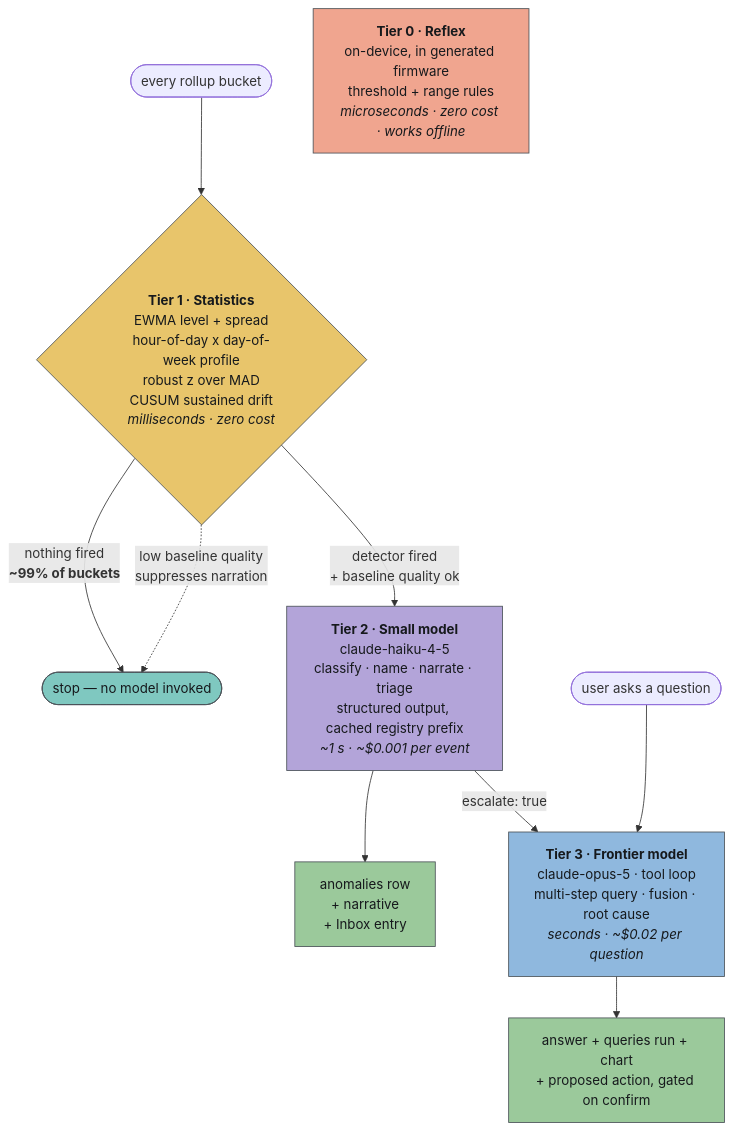
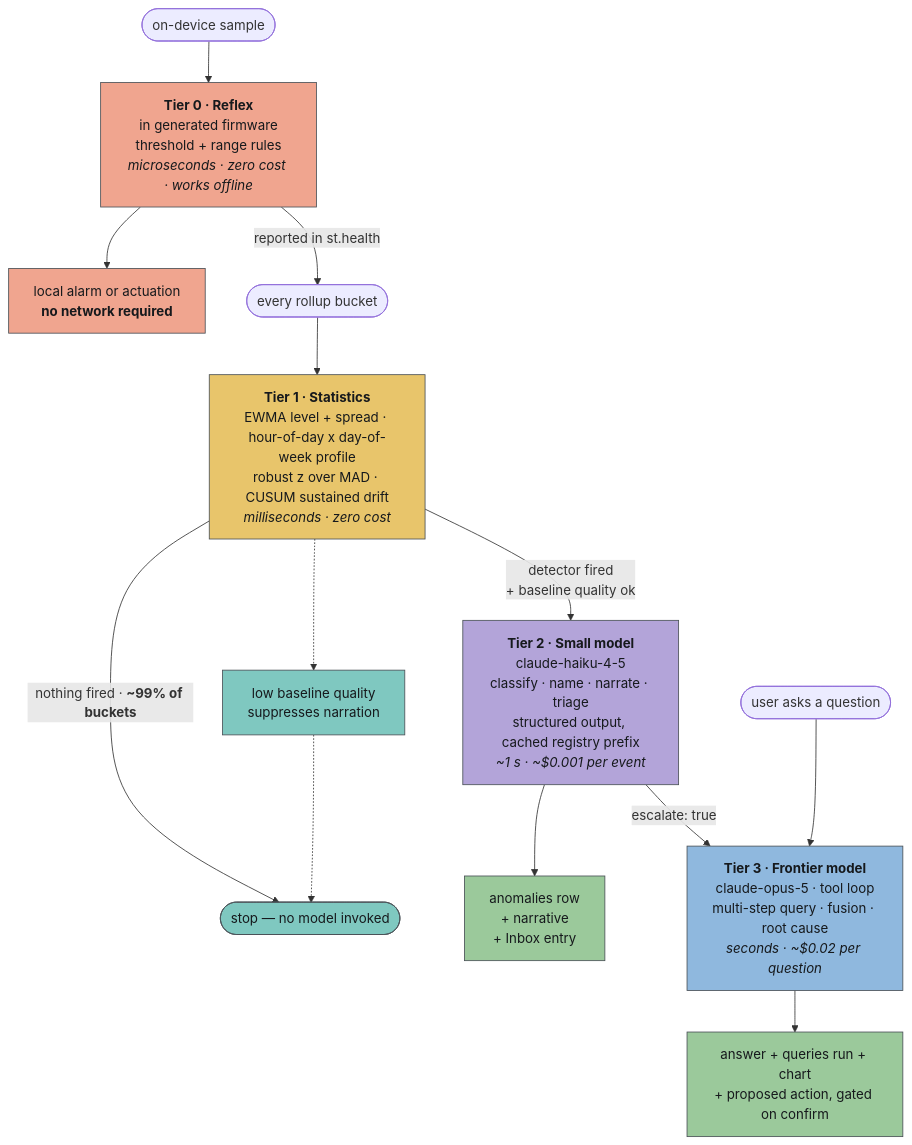
The seventh of 10 diagrams in docs/CLOUD-PLATFORM.md (guitarpastdusk/albusforge), drawn with Mermaid before and after one commit. The commit also changed other lines of this file and 1 other file, not shown here.

Commit message:
Fix diagram rendering issues found in dark-mode review
Rendered all 19 diagrams via headless Chrome in both GitHub themes and
corrected what actually broke:

- service topology: packages drawn as one node with dotted edges from
  all three tiers, instead of one edge that read as intake -> schema
- tier gating: Tier 1 was a rhombus that ballooned to full height with
  six lines of text; Tier 0 was orphaned with no edges
- execution sites: the escalate edge label was occluded by the Cloud
  subgraph boundary
- ER diagram: the PARTS -> COMPAT_MATRIX label was clipped at the edge
- tier gating: two edge labels into the stop node overlapped

Claude-Session: https://claude.ai/code/session_013eonhaHoW1iJYXsNnmNbbQ

````diff
--- a/docs/CLOUD-PLATFORM.md
+++ b/docs/CLOUD-PLATFORM.md
@@ -451,36 +451,40 @@
 ```mermaid
 flowchart TB
+    SAMPLE(["on-device sample"]) --> T0
+    T0 --> LOCAL["local alarm or actuation<br/><b>no network required</b>"]
+    T0 -->|"reported in st.health"| RB
+
     RB(["every rollup bucket"]) --> T1
 
-    T0["<b>Tier 0 · Reflex</b><br/>on-device, in generated firmware<br/>threshold + range rules<br/><i>microseconds · zero cost · works offline</i>"]
+    T0["<b>Tier 0 · Reflex</b><br/>in generated firmware<br/>threshold + range rules<br/><i>microseconds · zero cost · works offline</i>"]
 
-    T1{"<b>Tier 1 · Statistics</b><br/>EWMA level + spread<br/>hour-of-day x day-of-week profile<br/>robust z over MAD<br/>CUSUM sustained drift<br/><i>milliseconds · zero cost</i>"}
+    T1["<b>Tier 1 · Statistics</b><br/>EWMA level + spread · hour-of-day x day-of-week profile<br/>robust z over MAD · CUSUM sustained drift<br/><i>milliseconds · zero cost</i>"]
 
-    T1 -->|"nothing fired<br/><b>~99% of buckets</b>"| STOP(["stop — no model invoked"])
+    T1 -->|"nothing fired · <b>~99% of buckets</b>"| STOP(["stop — no model invoked"])
     T1 -->|"detector fired<br/>+ baseline quality ok"| T2
 
     T2["<b>Tier 2 · Small model</b><br/>claude-haiku-4-5<br/>classify · name · narrate · triage<br/>structured output, cached registry prefix<br/><i>~1 s · ~$0.001 per event</i>"]
 
     T2 --> ALERT["anomalies row<br/>+ narrative<br/>+ Inbox entry"]
     T2 -->|"escalate: true"| T3
     ASK(["user asks a question"]) --> T3
 
     T3["<b>Tier 3 · Frontier model</b><br/>claude-opus-5 · tool loop<br/>multi-step query · fusion · root cause<br/><i>seconds · ~$0.02 per question</i>"]
     T3 --> ANS["answer + queries run + chart<br/>+ proposed action, gated on confirm"]
 
-    T1 -.->|"low baseline quality<br/>suppresses narration"| STOP
+    T1 -.-> SUP["low baseline quality<br/>suppresses narration"] -.-> STOP
 
     classDef gen fill:#8fb8de,stroke:#4a5157,color:#16191c
     classDef phys fill:#f0a58f,stroke:#4a5157,color:#16191c
     classDef loc fill:#7fc8c0,stroke:#4a5157,color:#16191c
     classDef comm fill:#b3a4d9,stroke:#4a5157,color:#16191c
     classDef mot fill:#e8c56b,stroke:#4a5157,color:#16191c
     classDef nrg fill:#9bc99b,stroke:#4a5157,color:#16191c
     classDef gap fill:#ffffff,stroke:#b4482c,stroke-width:2px,color:#16191c,stroke-dasharray:4 3
-    class T0 phys
+    class T0,LOCAL phys
     class T1 mot
     class T2 comm
     class T3 gen
     class ALERT,ANS nrg
-    class STOP loc
+    class STOP,SUP loc
 ```
````
